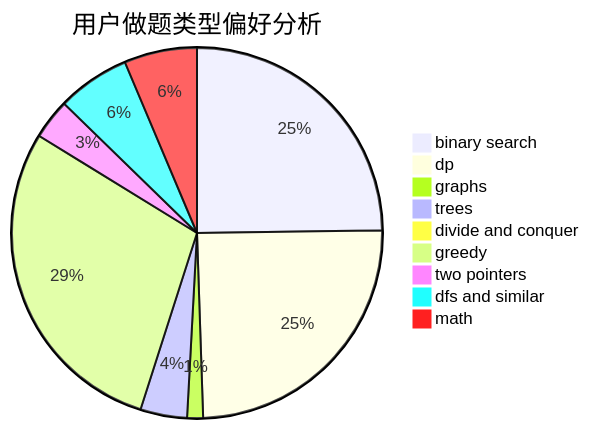
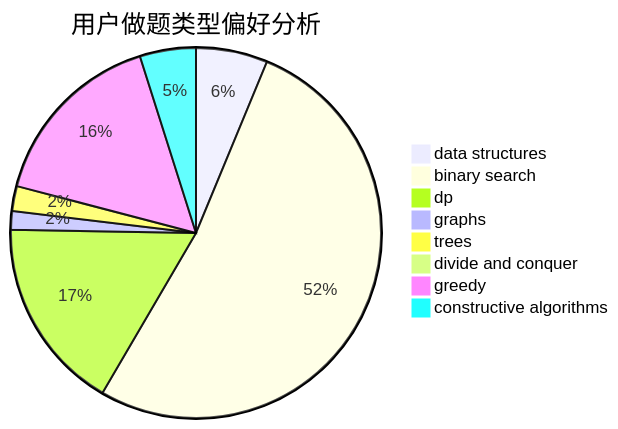
One commit to sherpahu/cfrs.github.io changed the second of 3 diagrams in docs/user/u2179.md. Above: the diagram before and after it, drawn with Mermaid. The commit also changed other lines of this file and 2775 other files, not shown here.

````diff
--- a/docs/user/u2179.md
+++ b/docs/user/u2179.md
@@ -23,12 +23,11 @@
 ```mermaid
 pie title 用户做题类型偏好分析
-    "binary search" :  304
-    "dp" :  303
-    "graphs" :  17
-    "trees" :  50
-    "divide and conquer" :  5
-    "greedy" :  354
-    "two pointers" :  43
-    "dfs and similar" :  78
-    "math" :  78
+    "data structures" :  23
+    "binary search" :  192
+    "dp" :  62
+    "graphs" :  6
+    "trees" :  8
+    "divide and conquer" :  0
+    "greedy" :  59
+    "constructive algorithms" :  18
 ```
````
